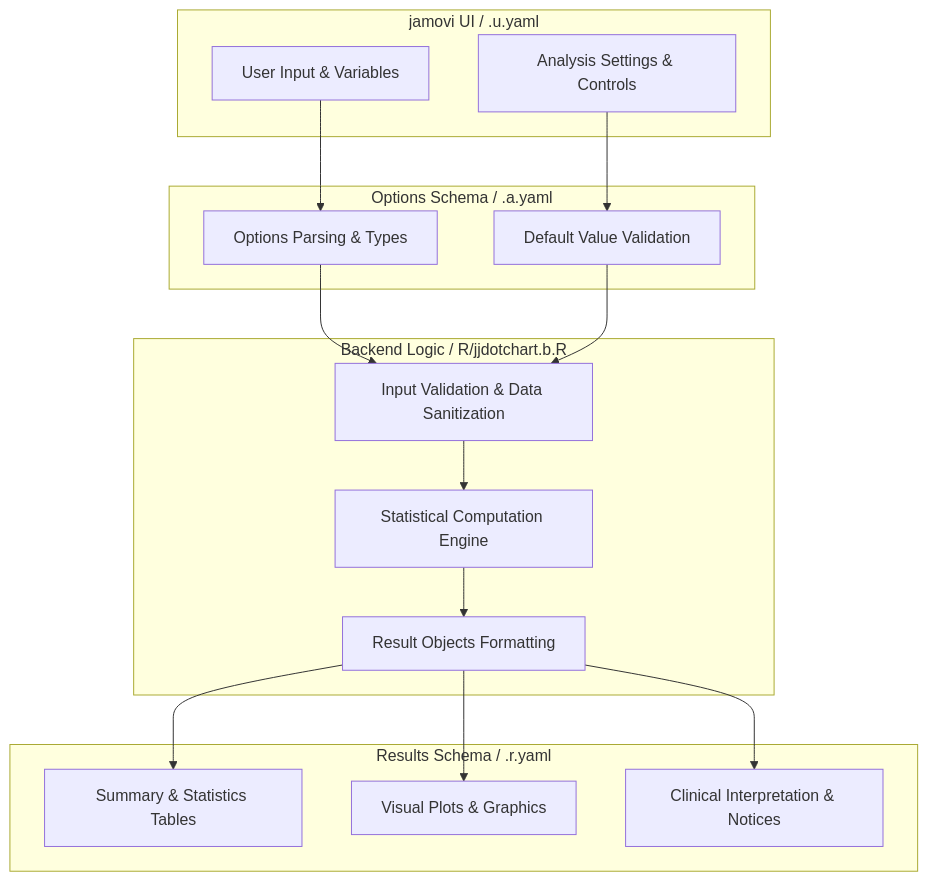
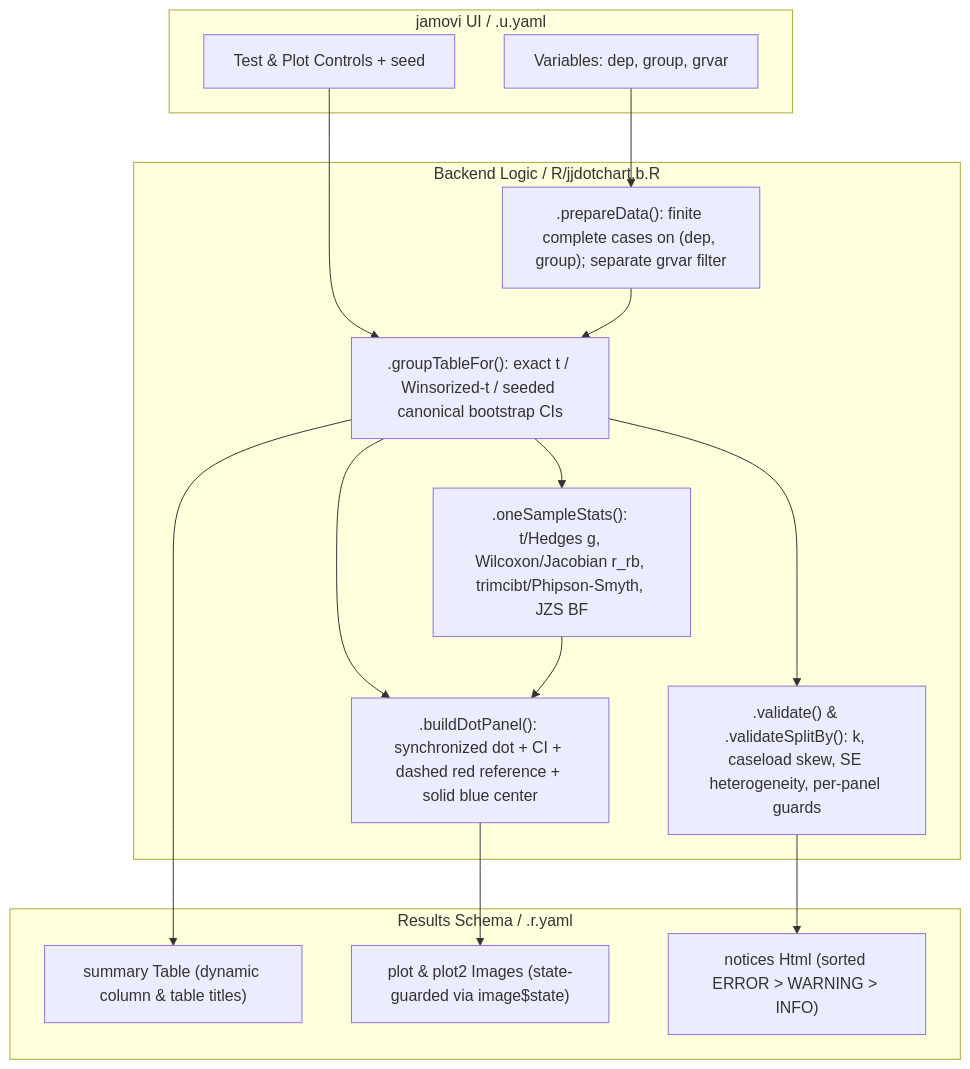
The first of 2 diagrams in vignettes/jjdotchart-documentation.md (sbalci/ClinicoPathJamoviModule), drawn with Mermaid before and after one commit. The commit also changed other lines of this file and 34 other files, not shown here.

````diff
--- a/vignettes/jjdotchart-documentation.md
+++ b/vignettes/jjdotchart-documentation.md
@@ -55,34 +56,32 @@
 ```mermaid
 flowchart TD
-  subgraph UI[jamovi UI / .u.yaml]
-    U1[User Input & Variables]
-    U2[Analysis Settings & Controls]
+  subgraph UI["jamovi UI / .u.yaml"]
+    U1["Variables: dep, group, grvar"]
+    U2["Test & Plot Controls + seed"]
   end
 
-  subgraph Opts[Options Schema / .a.yaml]
-    O1[Options Parsing & Types]
-    O2[Default Value Validation]
+  subgraph Backend["Backend Logic / R/jjdotchart.b.R"]
+    B1[".prepareData(): finite complete cases on (dep, group); separate grvar filter"]
+    B2[".groupTableFor(): exact t / Winsorized-t / seeded canonical bootstrap CIs"]
+    B3[".validate() & .validateSplitBy(): k, caseload skew, SE heterogeneity, per-panel guards"]
+    B4[".oneSampleStats(): t/Hedges g, Wilcoxon/Jacobian r_rb, trimcibt/Phipson-Smyth, JZS BF"]
+    B5[".buildDotPanel(): synchronized dot + CI + dashed red reference + solid blue center"]
   end
 
-  subgraph Backend[Backend Logic / R/jjdotchart.b.R]
-    B1[Input Validation & Data Sanitization]
-    B2[Statistical Computation Engine]
-    B3[Result Objects Formatting]
+  subgraph Res["Results Schema / .r.yaml"]
+    R1["summary Table (dynamic column & table titles)"]
+    R2["plot & plot2 Images (state-guarded via image$state)"]
+    R3["notices Html (sorted ERROR > WARNING > INFO)"]
   end
 
-  subgraph Res[Results Schema / .r.yaml]
-    R1[Summary & Statistics Tables]
-    R2[Visual Plots & Graphics]
-    R3[Clinical Interpretation & Notices]
-  end
-
-  U1 --> O1
-  U2 --> O2
-  O1 --> B1
-  O2 --> B1
+  U1 --> B1
+  U2 --> B2
   B1 --> B2
   B2 --> B3
-  B3 --> R1
-  B3 --> R2
+  B2 --> B4
   B3 --> R3
+  B2 --> R1
+  B2 --> B5
+  B4 --> B5
+  B5 --> R2
 ```
````
